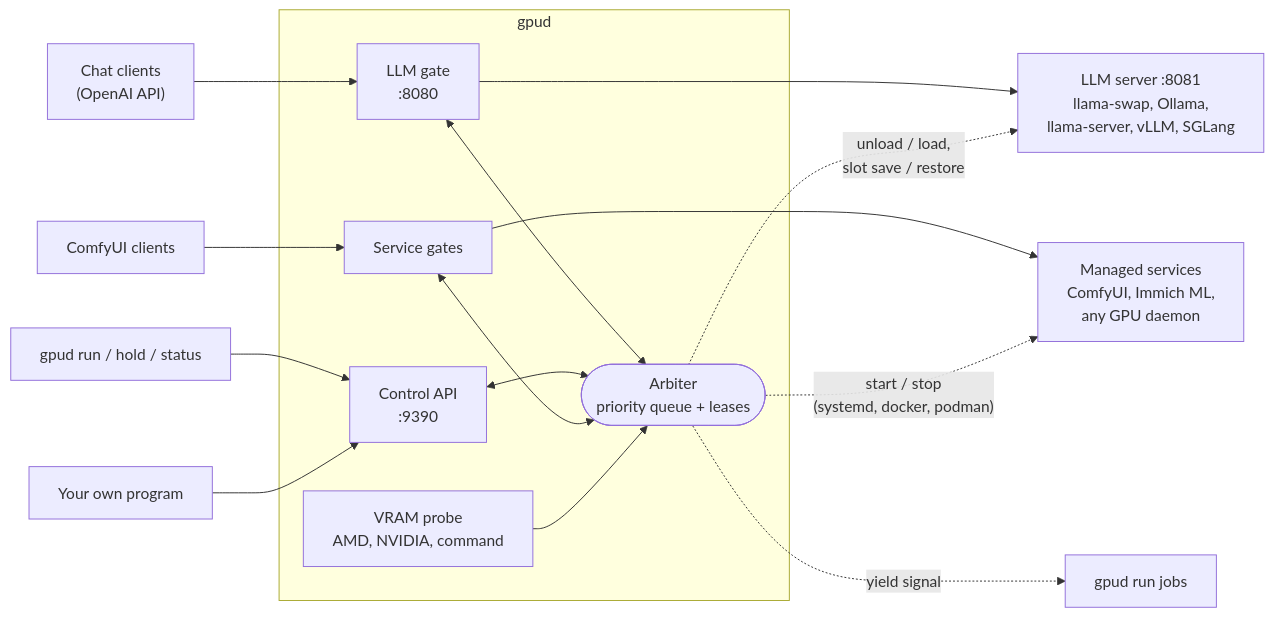
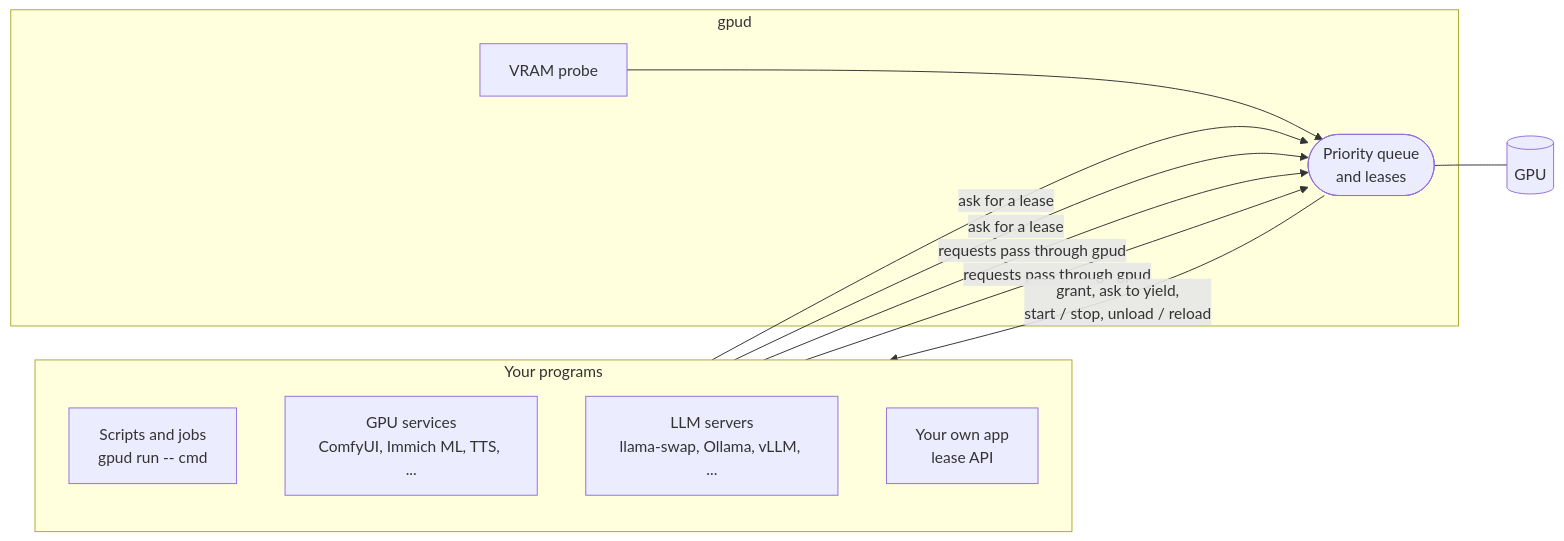
Before and after one commit to elektricM/gpuq: the diagram in README.md, drawn with Mermaid. The commit also changed other lines of this file, not shown here.

Commit message:
README: describe gpud as a GPU scheduler, add an example timeline and the roadmap

````diff
--- a/README.md
+++ b/README.md
@@ -16,25 +16,23 @@
 ```mermaid
 flowchart LR
-    clients["Chat clients<br/>(OpenAI API)"] --> gate
-    cli["gpud run / hold / status"] --> api
-    native["Your own program"] --> api
-    sclients["ComfyUI clients"] --> sgate
-
-    subgraph gpud
-        gate["LLM gate<br/>:8080"]
-        api["Control API<br/>:9390"]
-        sgate["Service gates"]
-        arbiter(["Arbiter<br/>priority queue + leases"])
-        probe["VRAM probe<br/>AMD, NVIDIA, command"]
-        gate <--> arbiter
-        api <--> arbiter
-        sgate <--> arbiter
-        probe --> arbiter
+    subgraph programs["Your programs"]
+        direction TB
+        cmd["Scripts and jobs<br/>gpud run -- cmd"]
+        svc["GPU services<br/>ComfyUI, Immich ML, TTS, ..."]
+        llm["LLM servers<br/>llama-swap, Ollama, vLLM, ..."]
+        own["Your own app<br/>lease API"]
     end
 
-    gate --> llm["LLM server :8081<br/>llama-swap, Ollama,<br/>llama-server, vLLM, SGLang"]
-    sgate --> svc["Managed services<br/>ComfyUI, Immich ML,<br/>any GPU daemon"]
-    arbiter -. "unload / load,<br/>slot save / restore" .-> llm
-    arbiter -. "start / stop<br/>(systemd, docker, podman)" .-> svc
-    arbiter -. "yield signal" .-> jobs["gpud run jobs"]
+    subgraph gpud["gpud"]
+        queue(["Priority queue<br/>and leases"])
+        probe["VRAM probe"]
+        probe --> queue
+    end
+
+    cmd -- "ask for a lease" --> queue
+    own -- "ask for a lease" --> queue
+    svc -- "requests pass through gpud" --> queue
+    llm -- "requests pass through gpud" --> queue
+    queue -- "grant, ask to yield,<br/>start / stop, unload / reload" --> programs
+    queue --- gpu[("GPU")]
 ```
````
